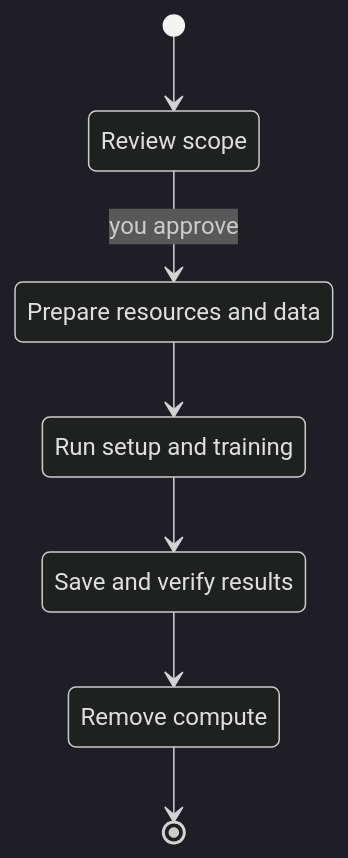
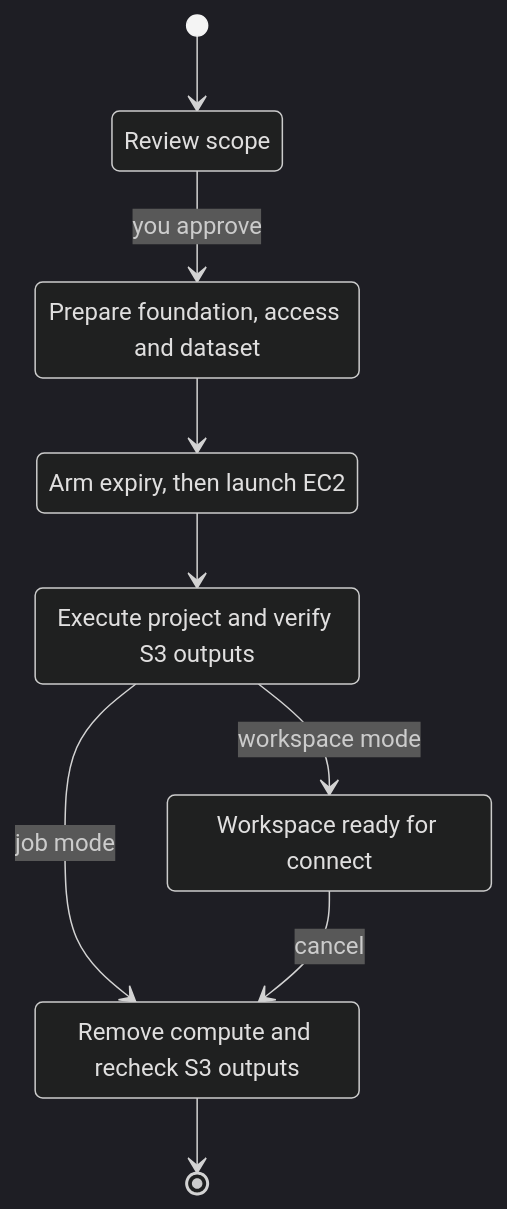
The second of 2 diagrams in README.md (Bboissen/ml-deployer), drawn with Mermaid (dark theme) before and after one commit. The commit also changed other lines of this file, not shown here.

Commit message:
docs: explain workload data flow and guarded deployment phases

````diff
--- a/README.md
+++ b/README.md
@@ -88,14 +93,17 @@
 ```mermaid
 stateDiagram-v2
     state "Review scope" as Review
-    state "Prepare resources and data" as Prepare
-    state "Run setup and training" as Run
-    state "Save and verify results" as Save
-    state "Remove compute" as Cleanup
+    state "Prepare foundation, access and dataset" as Prepare
+    state "Arm expiry, then launch EC2" as Launch
+    state "Execute project and verify S3 outputs" as Run
+    state "Workspace ready for connect" as Ready
+    state "Remove compute and recheck S3 outputs" as Cleanup
     [*] --> Review
     Review --> Prepare: you approve
-    Prepare --> Run
-    Run --> Save
-    Save --> Cleanup
+    Prepare --> Launch
+    Launch --> Run
+    Run --> Cleanup: job mode
+    Run --> Ready: workspace mode
+    Ready --> Cleanup: cancel
     Cleanup --> [*]
 ```
````
